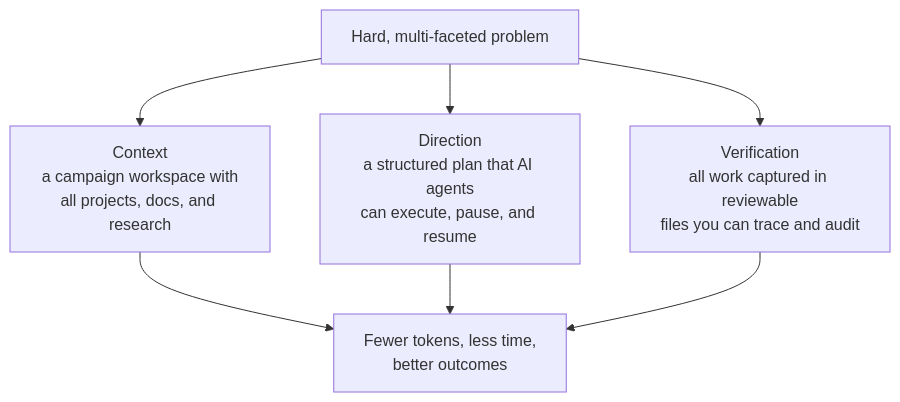
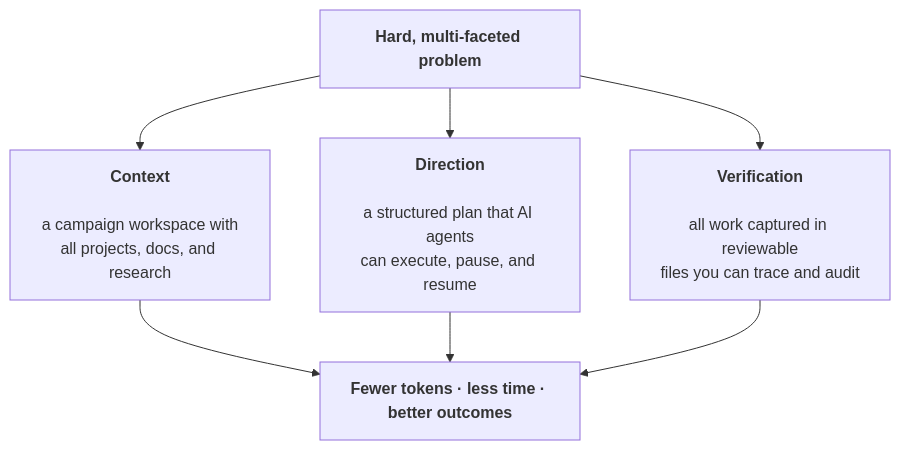
Before and after one commit to Obedience-Corp/festival: the diagram in README.md, drawn with Mermaid.

Commit message:
[OBEY-CAMPAIGN-8deed8b4] bold titles in diagram to separate headings from descriptions

````diff
--- a/README.md
+++ b/README.md
@@ -11,12 +11,12 @@
 ```mermaid
 graph TD
-    HP["Hard, multi-faceted problem"]
+    HP["<b>Hard, multi-faceted problem</b>"]
 
-    HP --> C["Context<br/>a campaign workspace with<br/>all projects, docs, and research"]
-    HP --> D["Direction<br/>a structured plan that AI agents<br/>can execute, pause, and resume"]
-    HP --> V["Verification<br/>all work captured in reviewable<br/>files you can trace and audit"]
+    HP --> C["<b>Context</b><br/><br/>a campaign workspace with<br/>all projects, docs, and research"]
+    HP --> D["<b>Direction</b><br/><br/>a structured plan that AI agents<br/>can execute, pause, and resume"]
+    HP --> V["<b>Verification</b><br/><br/>all work captured in reviewable<br/>files you can trace and audit"]
 
-    C --> O["Fewer tokens, less time,<br/>better outcomes"]
+    C --> O["<b>Fewer tokens · less time · better outcomes</b>"]
     D --> O
     V --> O
 ```
````
